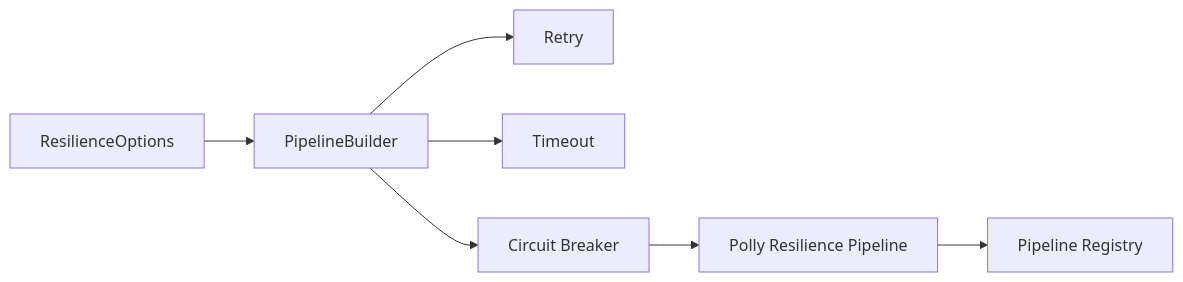
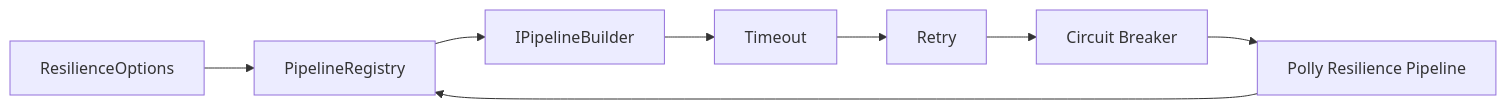
One commit to FEDERIN/CoreSystem changed the second of 5 diagrams in docs/Resilience/Architecture.md. Above: the diagram before and after it, drawn with Mermaid. The commit also changed other lines of this file and 44 other files, not shown here.

````diff
--- a/docs/Resilience/Architecture.md
+++ b/docs/Resilience/Architecture.md
@@ -92,17 +104,19 @@
 ```mermaid
 graph LR
 
     Options["ResilienceOptions"]
 
-    Options --> Builder["PipelineBuilder"]
+    Options --> Registry["PipelineRegistry"]
 
-    Builder --> Retry["Retry"]
+    Registry --> Builder["IPipelineBuilder"]
 
     Builder --> Timeout["Timeout"]
 
-    Builder --> Circuit["Circuit Breaker"]
+    Timeout --> Retry["Retry"]
+
+    Retry --> Circuit["Circuit Breaker"]
 
     Circuit --> Polly["Polly Resilience Pipeline"]
 
-    Polly --> Registry["Pipeline Registry"]
+    Polly --> Registry
 ```
````
